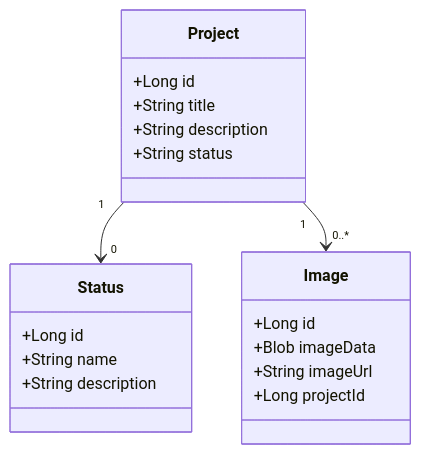
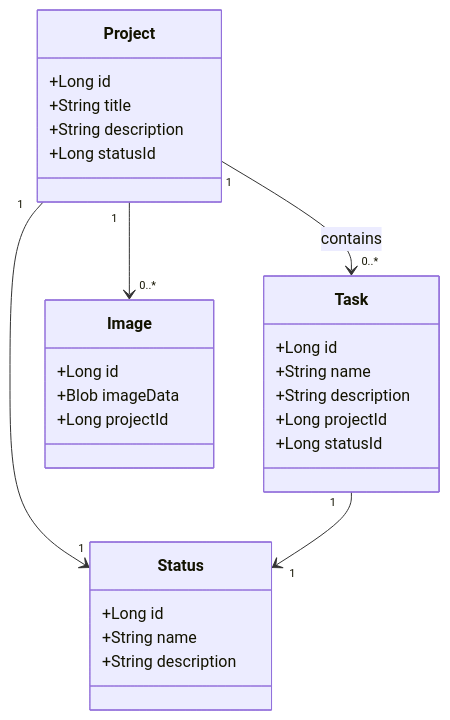
The diagram in README.md (mjerta/project-manager-backend), drawn with Mermaid before and after one commit. The commit also changed other lines of this file, not shown here.

````diff
--- a/README.md
+++ b/README.md
@@ -71,25 +54,34 @@
 ```mermaid
 classDiagram
     class Project {
         +Long id
         +String title
         +String description
-        +String status
+        +Long statusId
+    }
+
+    class Task {
+        +Long id
+        +String name
+        +String description
+        +Long projectId
+        +Long statusId
     }
 
     class Status {
         +Long id
         +String name
         +String description
     }
 
     class Image {
         +Long id
         +Blob imageData
-        +String imageUrl
         +Long projectId
     }
 
-    Project "1" --> "0" Status 
+    Project "1" --> "1" Status
+    Task "1" --> "1" Status
+    Project "1" --> "0..*" Task : contains
     Project "1" --> "0..*" Image
 ```
````
